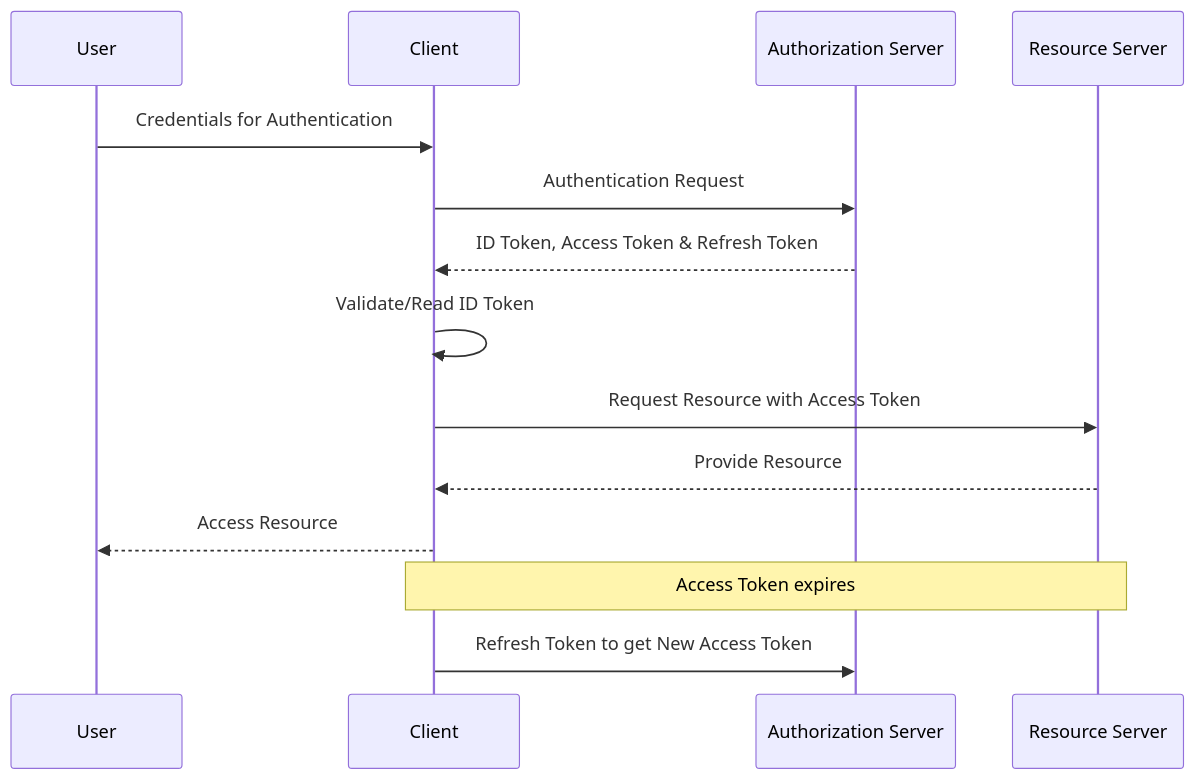
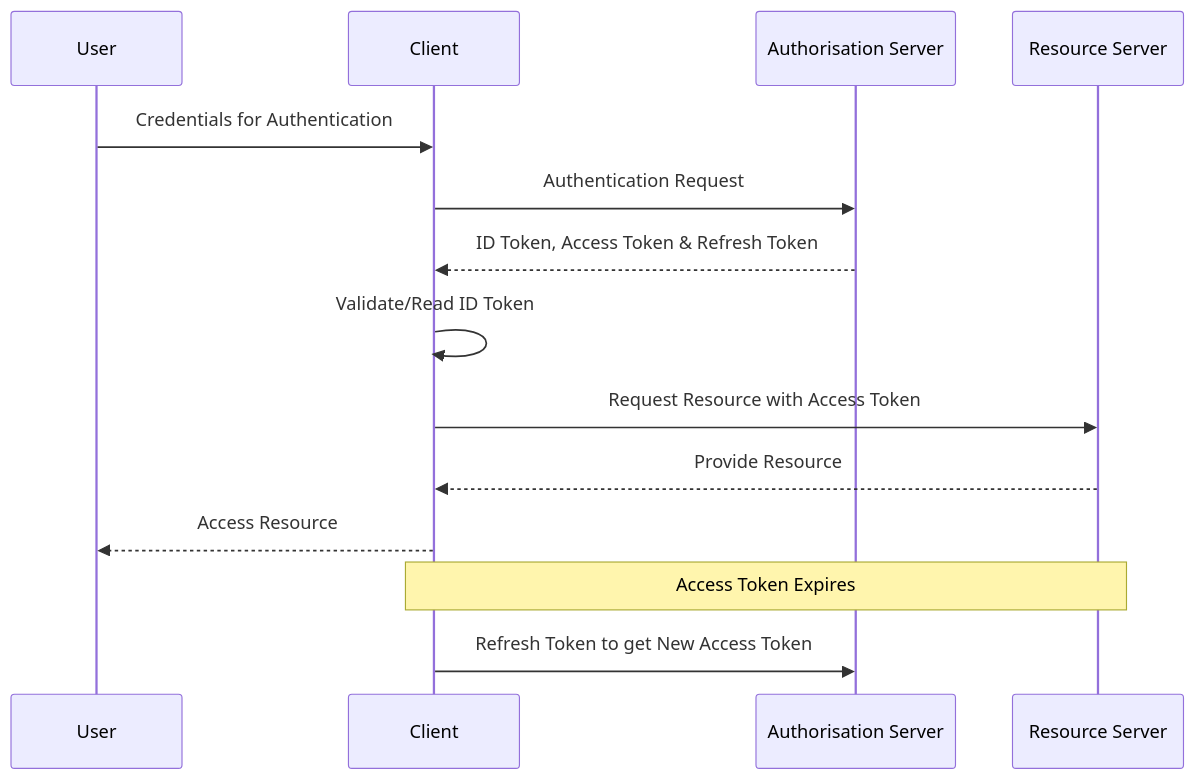
One commit to prannoymulmi/Msc-Thesis--OIDC changed the diagram in mermaid_files/implicit_flow.md. Above: the diagram before and after it, drawn with Mermaid. The commit also changed 4 other files, not shown here.

Commit message:
Changed mermaid files

````diff
--- a/mermaid_files/implicit_flow.md
+++ b/mermaid_files/implicit_flow.md
@@ -1,19 +1,19 @@
 ```mermaid
 sequenceDiagram
     participant User as User
     participant Client as Client
-    participant AuthServer as Authorization Server
+    participant AuthServer as Authorisation Server
     participant ResourceServer as Resource Server
 
     User->>Client:Credentials for Authentication
     Client->>AuthServer: Authentication Request
     AuthServer-->>Client: ID Token, Access Token & Refresh Token
 
     Client->>Client: Validate/Read ID Token
     Client->>ResourceServer: Request Resource with Access Token
     ResourceServer-->>Client: Provide Resource
     Client-->>User: Access Resource
-    Note over Client,ResourceServer: Access Token expires
+    Note over Client,ResourceServer: Access Token Expires
 
     Client->>AuthServer: Refresh Token to get New Access Token
 ```
````
